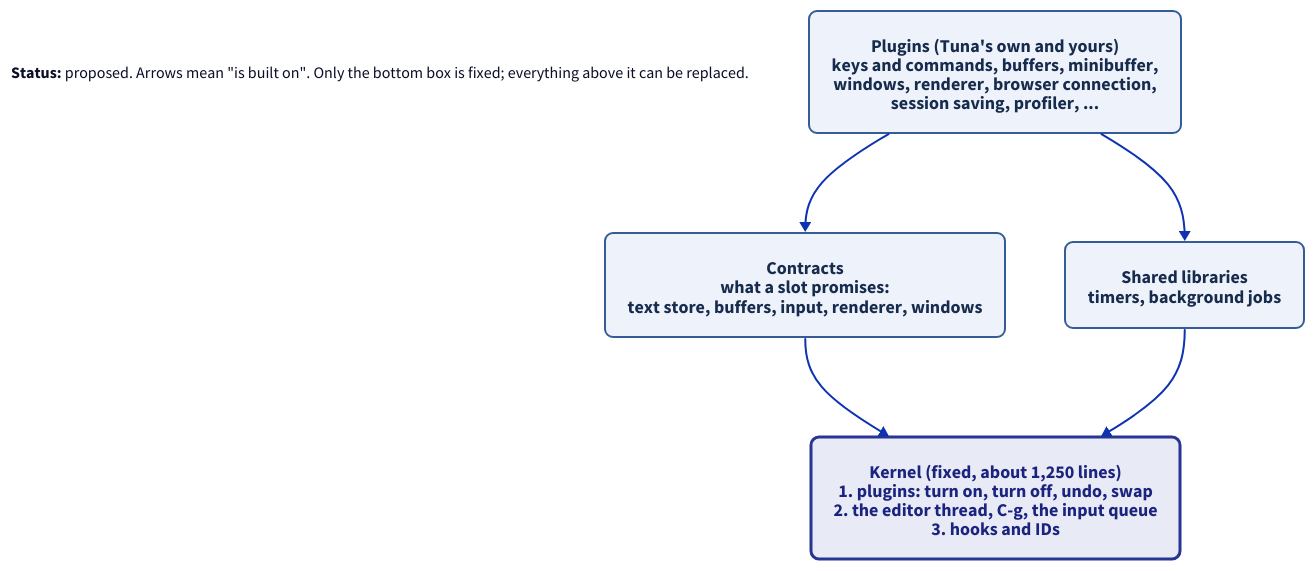
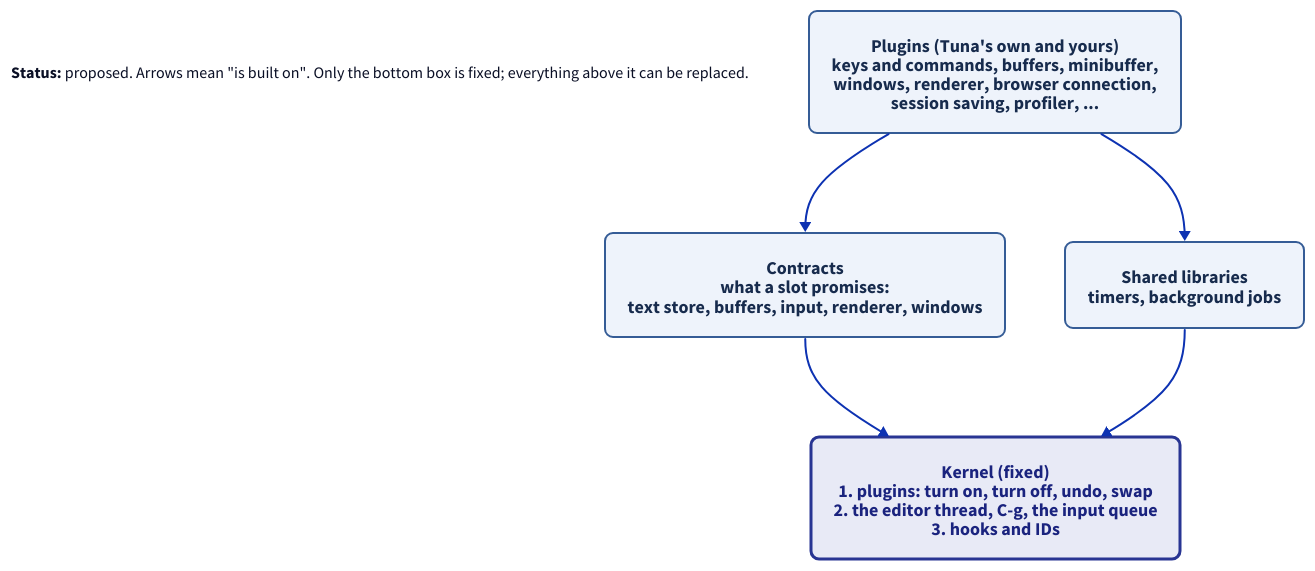
Before and after one commit to jaybonthius/tuna: the diagram in docs/diagrams/kernel-layers.d2, drawn with D2. The commit also changed 2 other files, not shown here.

Commit message:
Drop the kernel size cap; mark the contract approved

```diff
--- a/docs/diagrams/kernel-layers.d2
+++ b/docs/diagrams/kernel-layers.d2
@@ -1,45 +1,45 @@
 # What is in the kernel, and what sits on top of it?
 vars: {
   d2-config: {
     layout-engine: dagre
     theme-id: 0
   }
 }
 direction: down
 
 classes: {
   kernel: {
     style: {
       fill: "#e8eaf6"
       stroke: "#283593"
       font-color: "#1a237e"
       border-radius: 8
       stroke-width: 3
       font-size: 18
     }
   }
   layer: {
     style: {
       fill: "#eef3fb"
       stroke: "#355c96"
       font-color: "#172b4d"
       border-radius: 8
       font-size: 18
     }
   }
 }
 
 legend: |md
   **Status:** proposed. Arrows mean "is built on".
   Only the bottom box is fixed; everything above it can be replaced.
 |
 
 plugins: "Plugins (Tuna's own and yours)\nkeys and commands, buffers, minibuffer,\nwindows, renderer, browser connection,\nsession saving, profiler, ..." {class: layer}
 contracts: "Contracts\nwhat a slot promises:\ntext store, buffers, input, renderer, windows" {class: layer}
 libraries: "Shared libraries\ntimers, background jobs" {class: layer}
-kernel: "Kernel (fixed, about 1,250 lines)\n1. plugins: turn on, turn off, undo, swap\n2. the editor thread, C-g, the input queue\n3. hooks and IDs" {class: kernel}
+kernel: "Kernel (fixed)\n1. plugins: turn on, turn off, undo, swap\n2. the editor thread, C-g, the input queue\n3. hooks and IDs" {class: kernel}
 
 plugins -> contracts
 plugins -> libraries
 contracts -> kernel
 libraries -> kernel
```
